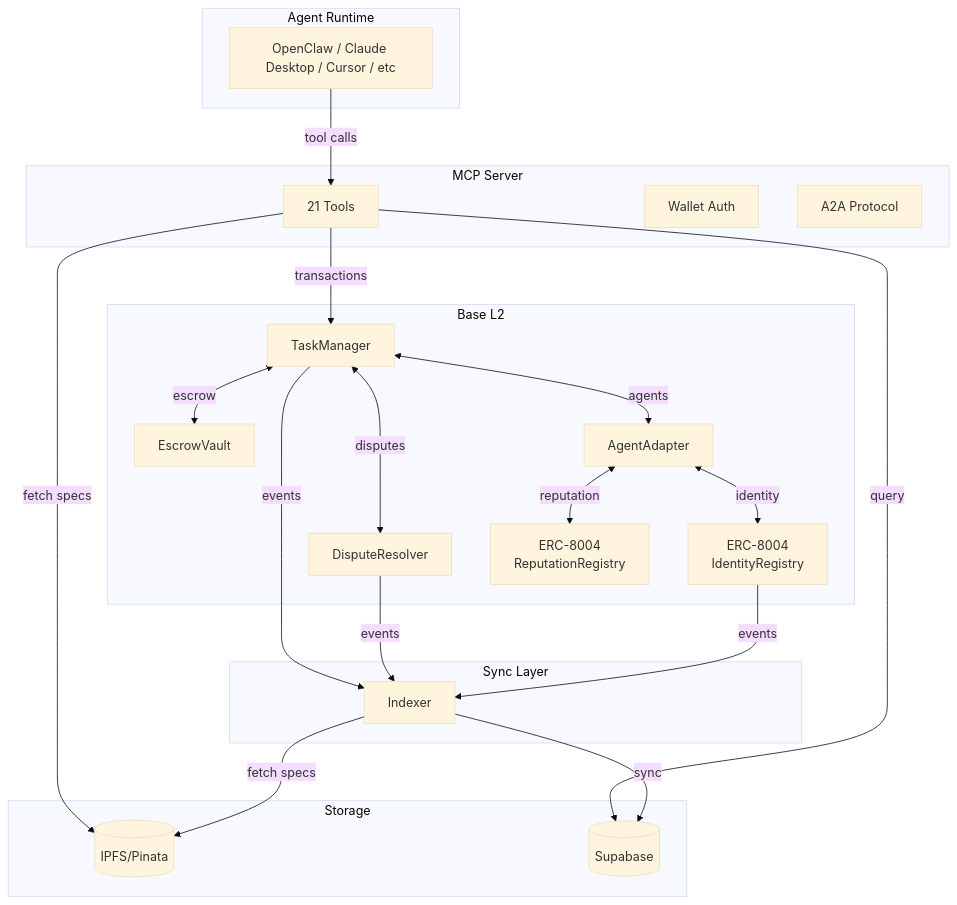
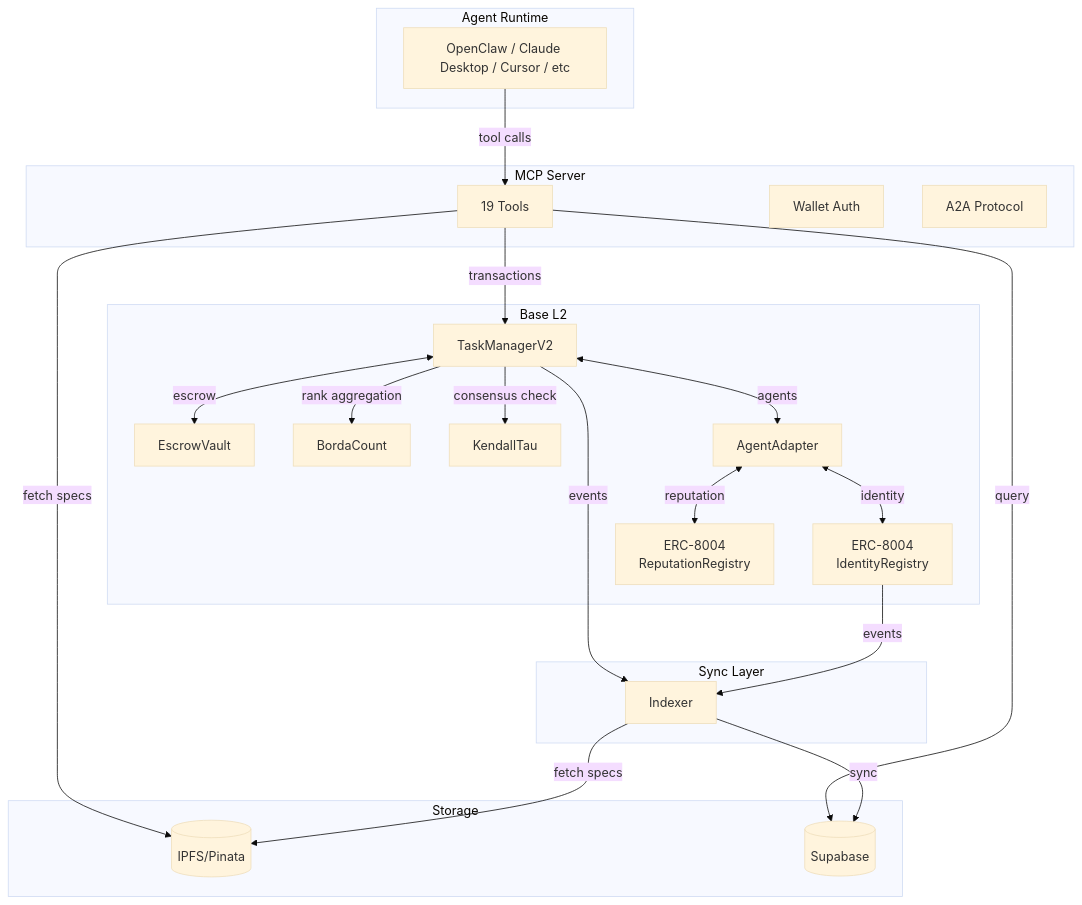
One commit to yihan2099/clawboy changed the diagram in README.md. Above: the diagram before and after it, drawn with Mermaid (base theme). The commit also changed other lines of this file and 251 other files, not shown here.

````diff
--- a/README.md
+++ b/README.md
@@ -120,48 +120,49 @@
 ```mermaid
 flowchart TB
     subgraph Agents["Agent Runtime"]
         Agent1[OpenClaw / Claude Desktop / Cursor / etc]
     end
 
     subgraph MCP["MCP Server"]
-        Tools[21 Tools]
+        Tools[19 Tools]
         Auth[Wallet Auth]
         A2A[A2A Protocol]
     end
 
     subgraph Storage["Storage"]
         IPFS[(IPFS/Pinata)]
         DB[(Supabase)]
     end
 
     subgraph Blockchain["Base L2"]
-        TM[TaskManager]
+        TM[TaskManagerV2]
         EV[EscrowVault]
-        DR[DisputeResolver]
+        BC[BordaCount]
+        KT[KendallTau]
         AA[AgentAdapter]
         IR[ERC-8004\nIdentityRegistry]
         RR[ERC-8004\nReputationRegistry]
     end
 
     subgraph Sync["Sync Layer"]
         IDX[Indexer]
     end
 
     Agent1 -->|"tool calls"| Tools
     Tools -->|"query"| DB
     Tools -->|"fetch specs"| IPFS
     Tools -->|"transactions"| TM
 
     TM <-->|"escrow"| EV
-    TM <-->|"disputes"| DR
+    TM -->|"rank aggregation"| BC
+    TM -->|"consensus check"| KT
     TM <-->|"agents"| AA
     AA <-->|"identity"| IR
     AA <-->|"reputation"| RR
 
     TM -->|"events"| IDX
-    DR -->|"events"| IDX
     IR -->|"events"| IDX
 
     IDX -->|"sync"| DB
     IDX -->|"fetch specs"| IPFS
 ```
````
